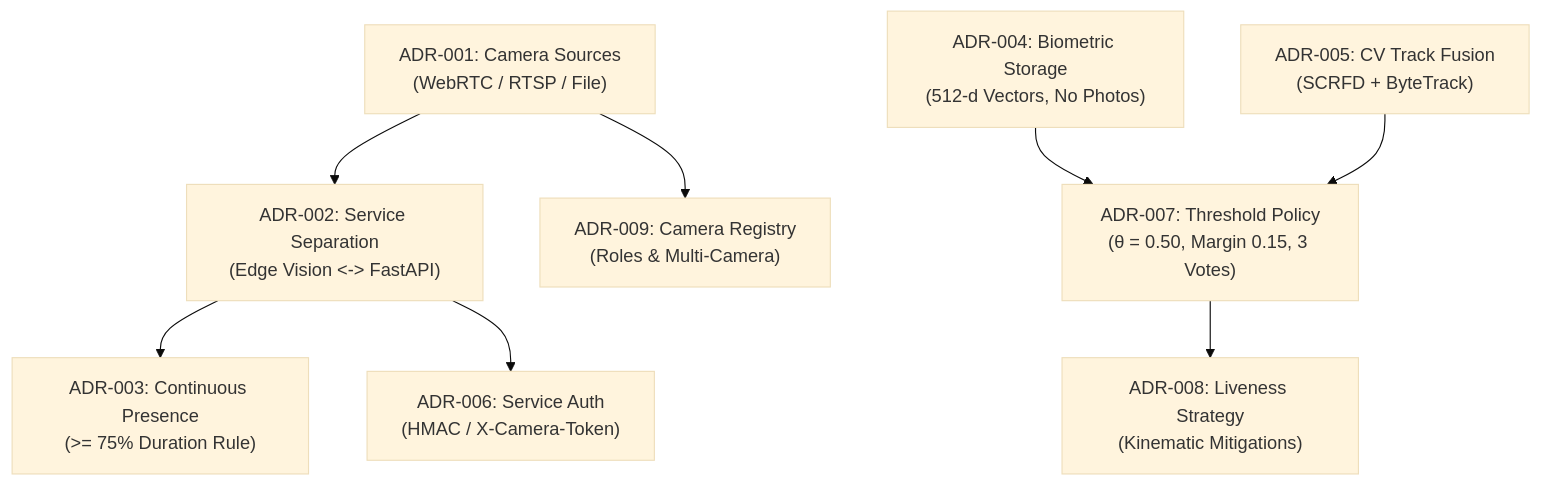
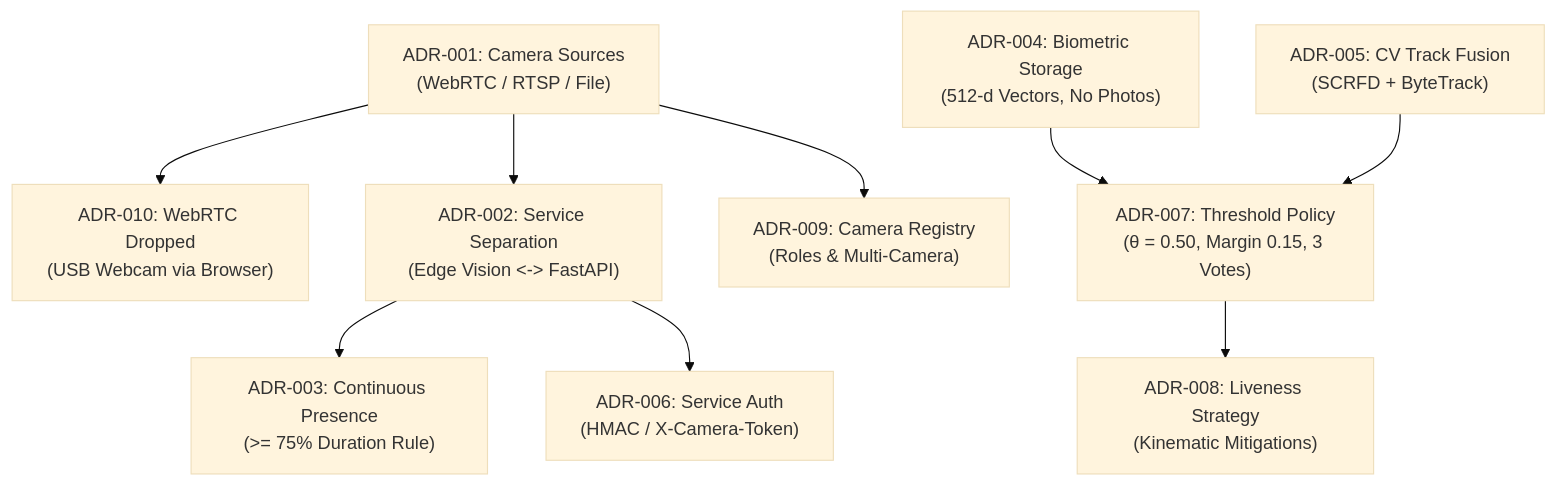
The diagram in docs/adr/README.md (krishtewatia/anti_proxy_attendance), drawn with Mermaid (base theme) before and after one commit. The commit also changed other lines of this file and 42 other files, not shown here.

First line of the commit message:
refactor: remove phone WebRTC ingest; vision service is an internal API only

````diff
--- a/docs/adr/README.md
+++ b/docs/adr/README.md
@@ -25,10 +26,11 @@
 ```mermaid
 flowchart TD
-    ADR001["ADR-001: Camera Sources<br>(WebRTC / RTSP / File)"] --> ADR002["ADR-002: Service Separation<br>(Edge Vision <-> FastAPI)"]
+    ADR001["ADR-001: Camera Sources<br>(WebRTC / RTSP / File)"] --> ADR010["ADR-010: WebRTC Dropped<br>(USB Webcam via Browser)"]
+    ADR001 --> ADR002["ADR-002: Service Separation<br>(Edge Vision <-> FastAPI)"]
     ADR002 --> ADR003["ADR-003: Continuous Presence<br>(>= 75% Duration Rule)"]
     ADR002 --> ADR006["ADR-006: Service Auth<br>(HMAC / X-Camera-Token)"]
     ADR001 --> ADR009["ADR-009: Camera Registry<br>(Roles & Multi-Camera)"]
     ADR004["ADR-004: Biometric Storage<br>(512-d Vectors, No Photos)"] --> ADR007["ADR-007: Threshold Policy<br>(θ = 0.50, Margin 0.15, 3 Votes)"]
     ADR005["ADR-005: CV Track Fusion<br>(SCRFD + ByteTrack)"] --> ADR007
     ADR007 --> ADR008["ADR-008: Liveness Strategy<br>(Kinematic Mitigations)"]
 ```
````
